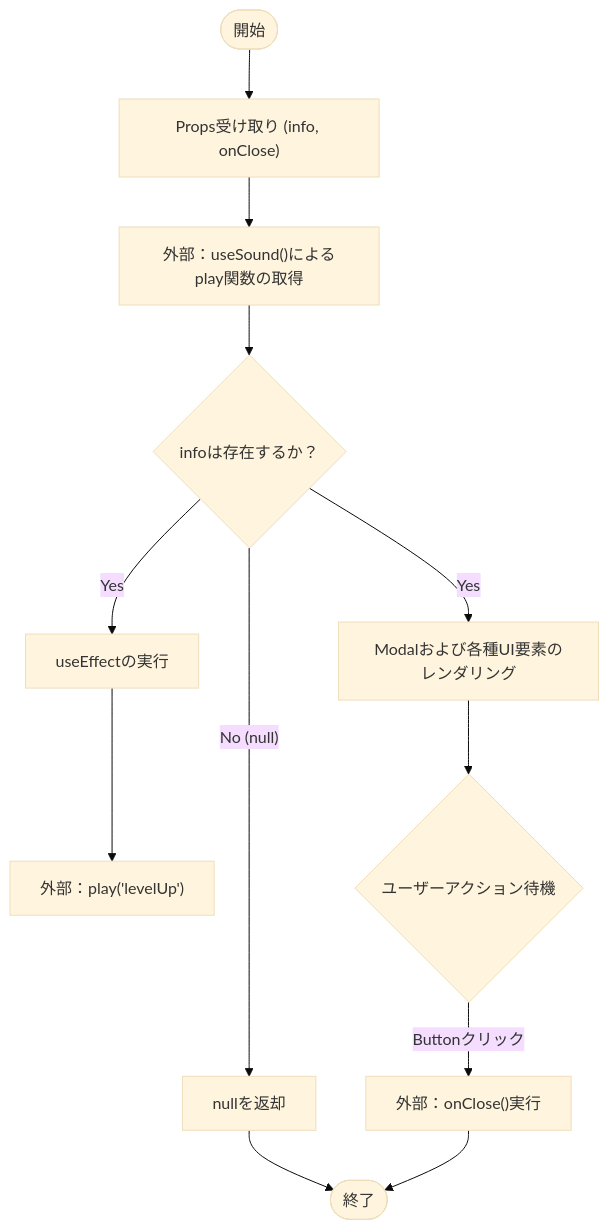
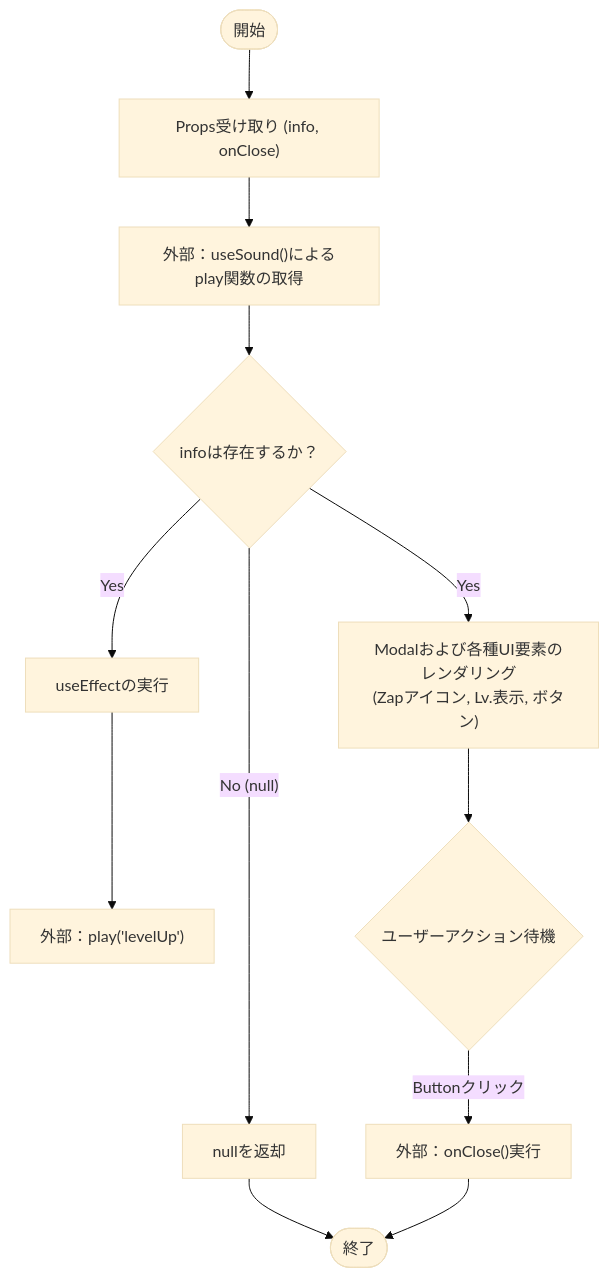
One commit to mmtigers/my_python_project changed the first of 2 diagrams in docs/specifications/family-quest/src/components/ui/LevelUpModal.md. Above: the diagram before and after it, drawn with Mermaid (base theme). The commit also changed other lines of this file and 7 other files, not shown here.

````diff
--- a/docs/specifications/family-quest/src/components/ui/LevelUpModal.md
+++ b/docs/specifications/family-quest/src/components/ui/LevelUpModal.md
@@ -114,19 +114,19 @@
 ```mermaid
 flowchart TD
     Start([開始]) --> ReceiveProps["Props受け取り (info, onClose)"]
     ReceiveProps --> UseSound["外部：useSound()によるplay関数の取得"]
     UseSound --> CheckInfo{"infoは存在するか？"}
     
     CheckInfo -- No (null) --> ReturnNull["nullを返却"]
     ReturnNull --> End([終了])
     
     CheckInfo -- Yes --> TriggerEffect["useEffectの実行"]
     TriggerEffect --> PlaySound["外部：play('levelUp')"]
     
-    CheckInfo -- Yes --> RenderUI["Modalおよび各種UI要素のレンダリング"]
+    CheckInfo -- Yes --> RenderUI["Modalおよび各種UI要素のレンダリング\n(Zapアイコン, Lv.表示, ボタン)"]
     RenderUI --> WaitAction{"ユーザーアクション待機"}
     
     WaitAction -- Buttonクリック --> CallOnClose["外部：onClose()実行"]
     CallOnClose --> End
 
 ```
````
